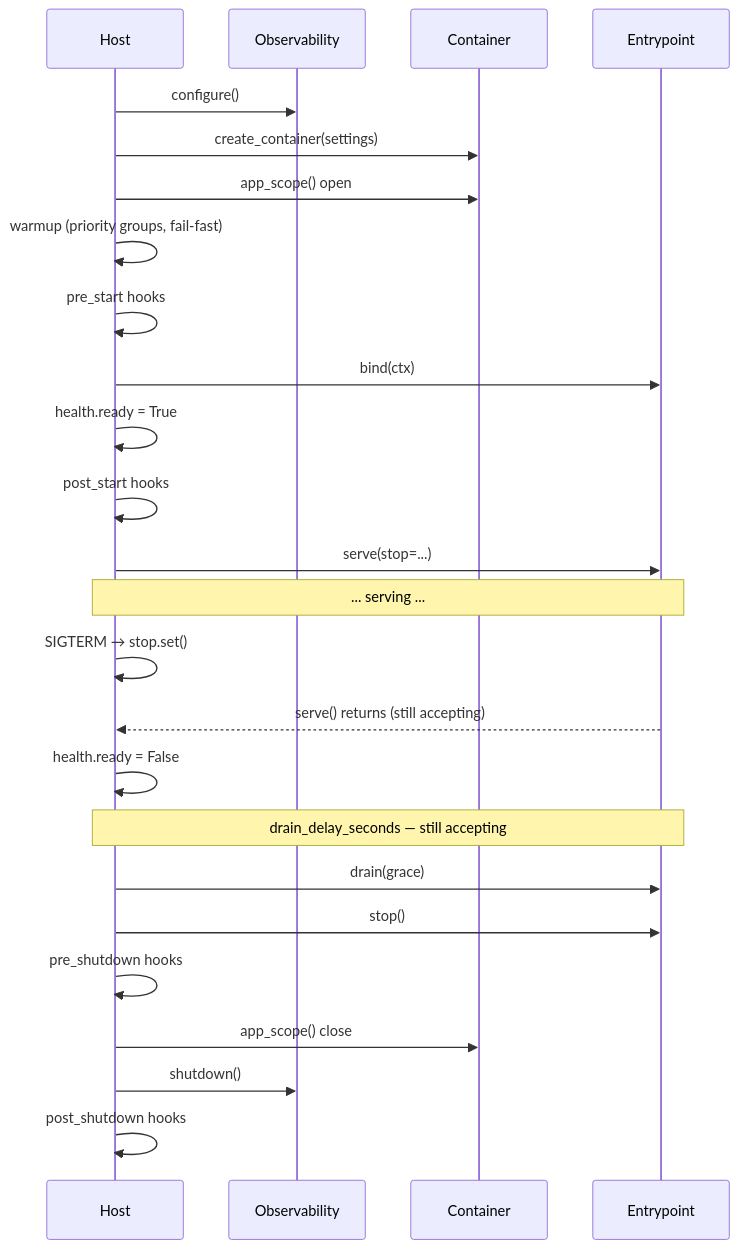
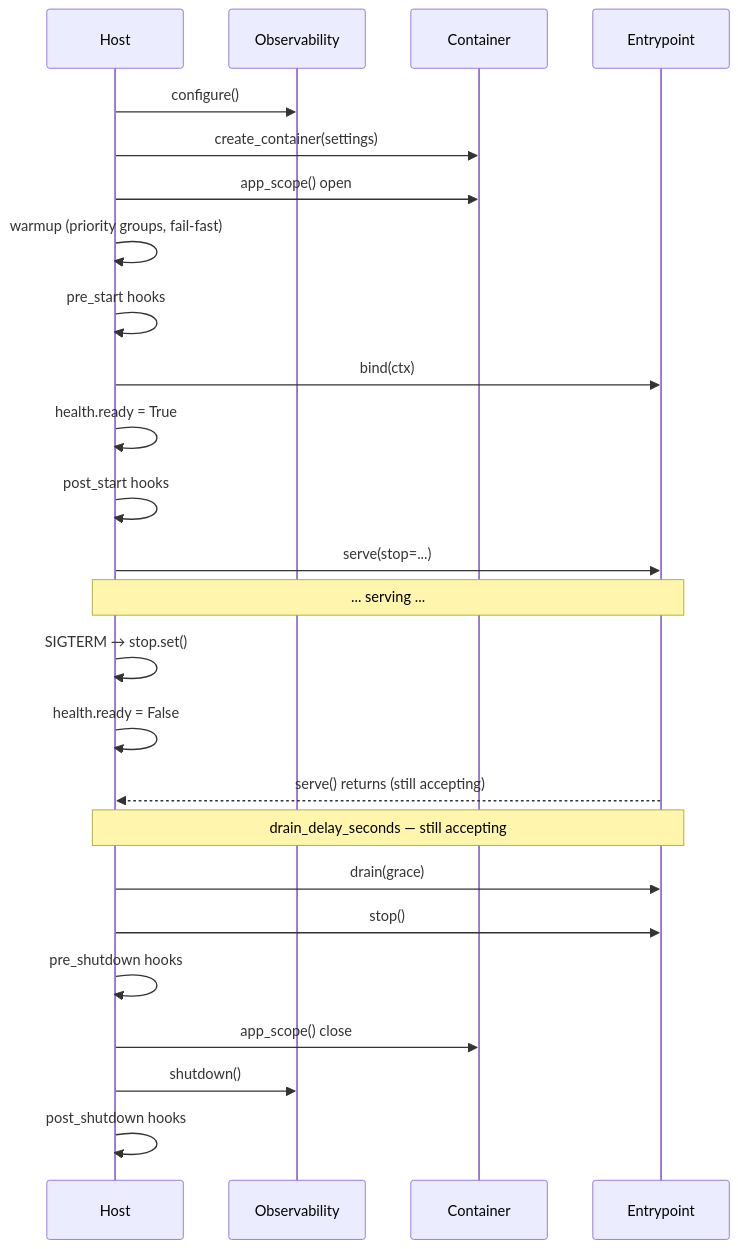
Before and after one commit to bedrock-python/servicewright: the diagram in docs/concepts/lifecycle.md, drawn with Mermaid. The commit also changed other lines of this file and 11 other files, not shown here.

````diff
--- a/docs/concepts/lifecycle.md
+++ b/docs/concepts/lifecycle.md
@@ -227,28 +243,28 @@
 ```mermaid
 sequenceDiagram
     participant H as Host
     participant O as Observability
     participant C as Container
     participant E as Entrypoint
 
     H->>O: configure()
     H->>C: create_container(settings)
     H->>C: app_scope() open
     H->>H: warmup (priority groups, fail-fast)
     H->>H: pre_start hooks
     H->>E: bind(ctx)
     H->>H: health.ready = True
     H->>H: post_start hooks
     H->>E: serve(stop=...)
     Note over H,E: ... serving ...
     H->>H: SIGTERM → stop.set()
+    H->>H: health.ready = False
     E-->>H: serve() returns (still accepting)
-    H->>H: health.ready = False
     Note over H,E: drain_delay_seconds — still accepting
     H->>E: drain(grace)
     H->>E: stop()
     H->>H: pre_shutdown hooks
     H->>C: app_scope() close
     H->>O: shutdown()
     H->>H: post_shutdown hooks
 ```
````
